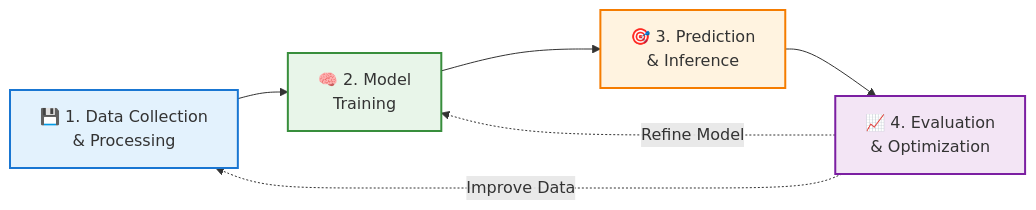
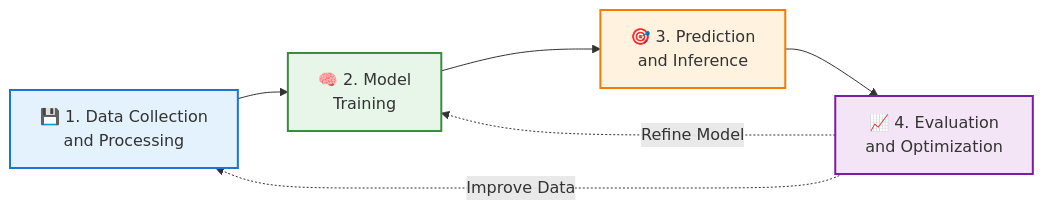
One commit to ThanhKieuVT/AIO-2026---Warm-01 changed the diagram in Bog 2/main_eng.md. Above: the diagram before and after it, drawn with Mermaid. The commit also changed 1 other file, not shown here.

Commit message:
replace & to and

````diff
--- a/Bog 2/main_eng.md
+++ b/Bog 2/main_eng.md
@@ -19,13 +19,13 @@
 ```mermaid
 graph LR
-    A["💾 1. Data Collection<br/>& Processing"] --> B["🧠 2. Model<br/>Training"]
-    B --> C["🎯 3. Prediction<br/>& Inference"]
-    C --> D["📈 4. Evaluation<br/>& Optimization"]
+    A["💾 1. Data Collection<br/>and Processing"] --> B["🧠 2. Model<br/>Training"]
+    B --> C["🎯 3. Prediction<br/>and Inference"]
+    C --> D["📈 4. Evaluation<br/>and Optimization"]
     D -.->|Improve Data| A
     D -.->|Refine Model| B
     
     style A fill:#e3f2fd,stroke:#1976d2,stroke-width:2px
     style B fill:#e8f5e9,stroke:#388e3c,stroke-width:2px
     style C fill:#fff3e0,stroke:#f57c00,stroke-width:2px
     style D fill:#f3e5f5,stroke:#7b1fa2,stroke-width:2px
  ```
````
